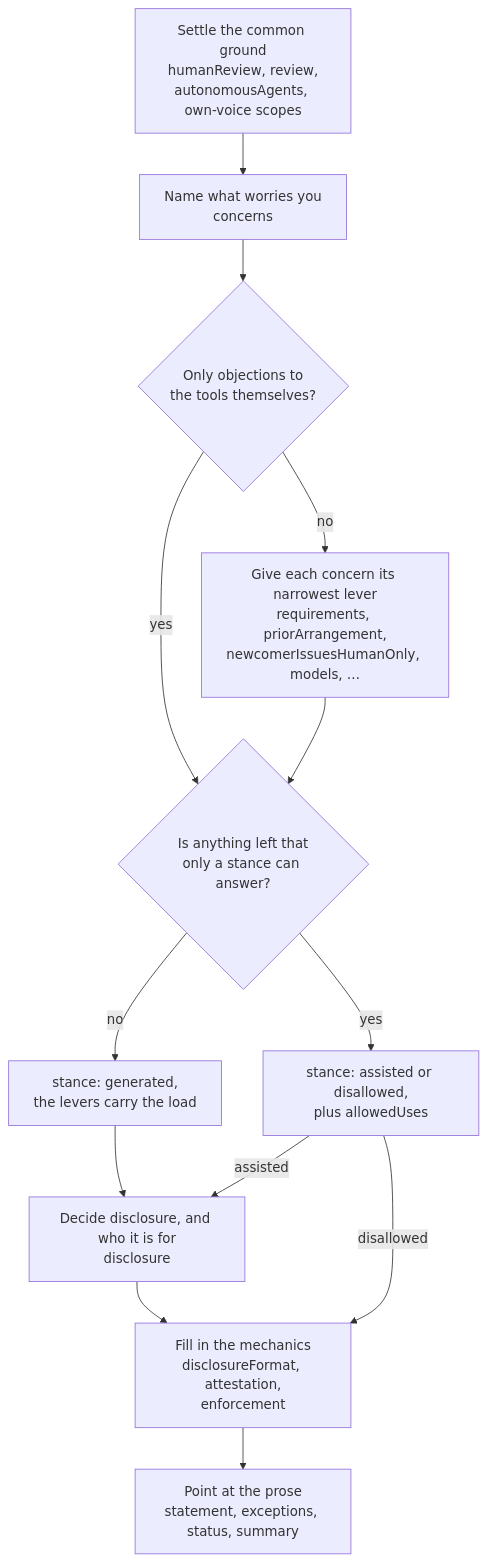
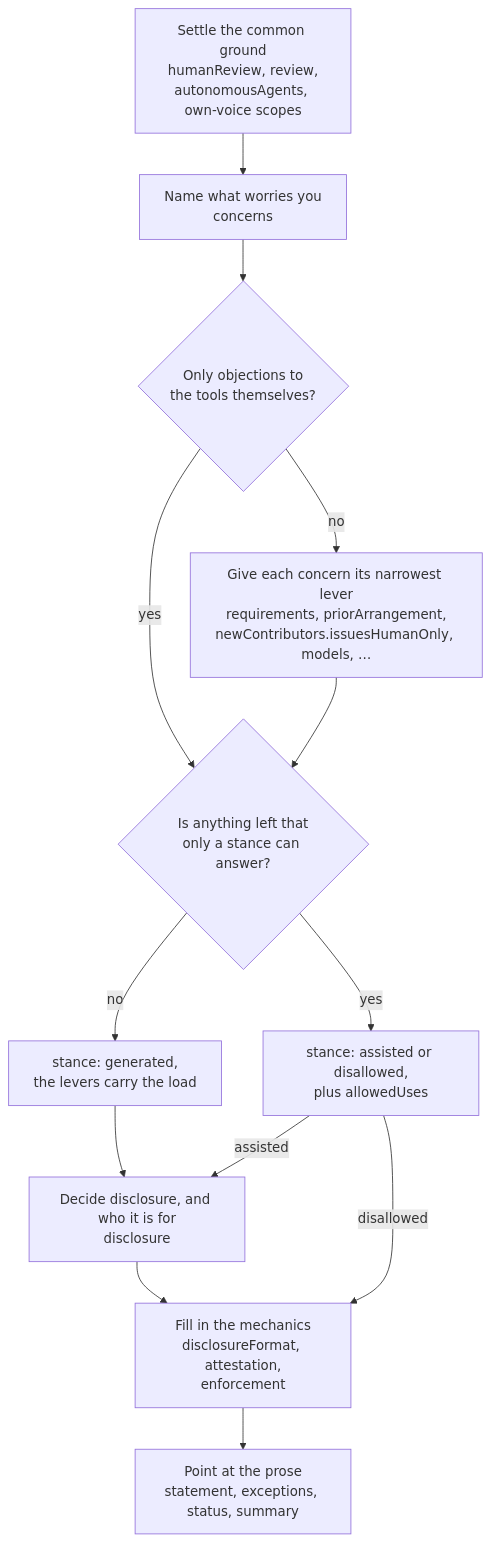
Before and after one commit to cedricbonhomme/ai-policy: the diagram in writing-a-policy.md, drawn with Mermaid. The commit also changed other lines of this file and 9 other files, not shown here.

Commit message:
schema: newContributors

````diff
--- a/writing-a-policy.md
+++ b/writing-a-policy.md
@@ -33,15 +33,15 @@
 ```mermaid
 flowchart TD
     common["Settle the common ground<br/>humanReview, review,<br/>autonomousAgents, own-voice scopes"] --> concerns["Name what worries you<br/>concerns"]
     concerns --> tools{"Only objections to<br/>the tools themselves?"}
     tools -- "yes" --> left
-    tools -- "no" --> levers["Give each concern its narrowest lever<br/>requirements, priorArrangement,<br/>newcomerIssuesHumanOnly, models, …"]
+    tools -- "no" --> levers["Give each concern its narrowest lever<br/>requirements, priorArrangement,<br/>newContributors.issuesHumanOnly, models, …"]
     levers --> left{"Is anything left that<br/>only a stance can answer?"}
     left -- "no" --> open["stance: generated,<br/>the levers carry the load"]
     left -- "yes" --> narrow["stance: assisted or disallowed,<br/>plus allowedUses"]
     open --> disclosure["Decide disclosure, and who it is for<br/>disclosure"]
     narrow -- "assisted" --> disclosure
     narrow -- "disallowed" --> mechanics
     disclosure --> mechanics["Fill in the mechanics<br/>disclosureFormat, attestation,<br/>enforcement"]
     mechanics --> finish["Point at the prose<br/>statement, exceptions, status, summary"]
 ```
````
